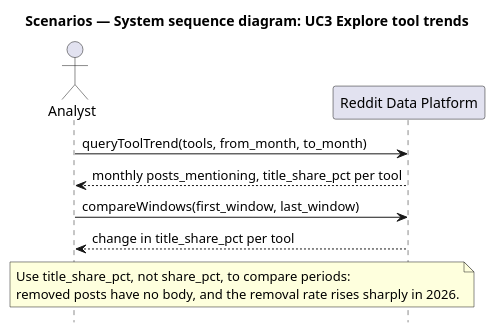
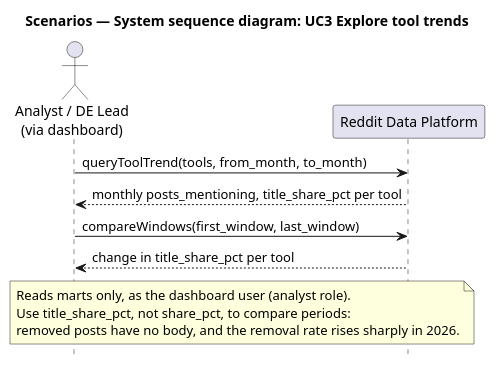
One commit to modsomjeed/reddit-dataeng changed the diagram in docs/architecture/diagrams/ssd-explore-trends.puml. Above: the diagram before and after it, drawn with PlantUML. The commit also changed 16 other files, not shown here.

Commit message:
docs(architecture): update views for dashboard, governance and freshness

```diff
--- a/docs/architecture/diagrams/ssd-explore-trends.puml
+++ b/docs/architecture/diagrams/ssd-explore-trends.puml
@@ -1,19 +1,20 @@
 @startuml ssd-explore-trends
 title Scenarios — System sequence diagram: UC3 Explore tool trends
 skinparam shadowing false
 hide footbox
 
-actor "Analyst" as analyst
+actor "Analyst / DE Lead\n(via dashboard)" as analyst
 participant "Reddit Data Platform" as system
 
 analyst -> system : queryToolTrend(tools, from_month, to_month)
 system --> analyst : monthly posts_mentioning, title_share_pct per tool
 
 analyst -> system : compareWindows(first_window, last_window)
 system --> analyst : change in title_share_pct per tool
 
 note over analyst, system
+  Reads marts only, as the dashboard user (analyst role).
   Use title_share_pct, not share_pct, to compare periods:
   removed posts have no body, and the removal rate rises sharply in 2026.
 end note
 @enduml
```
